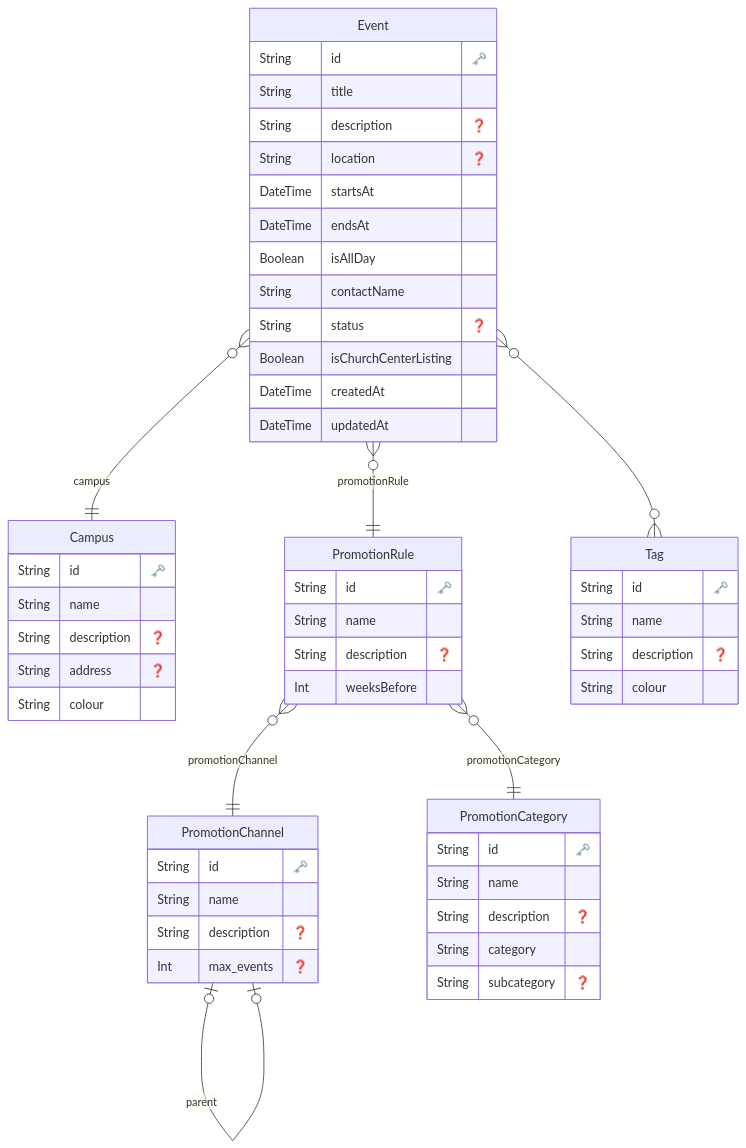
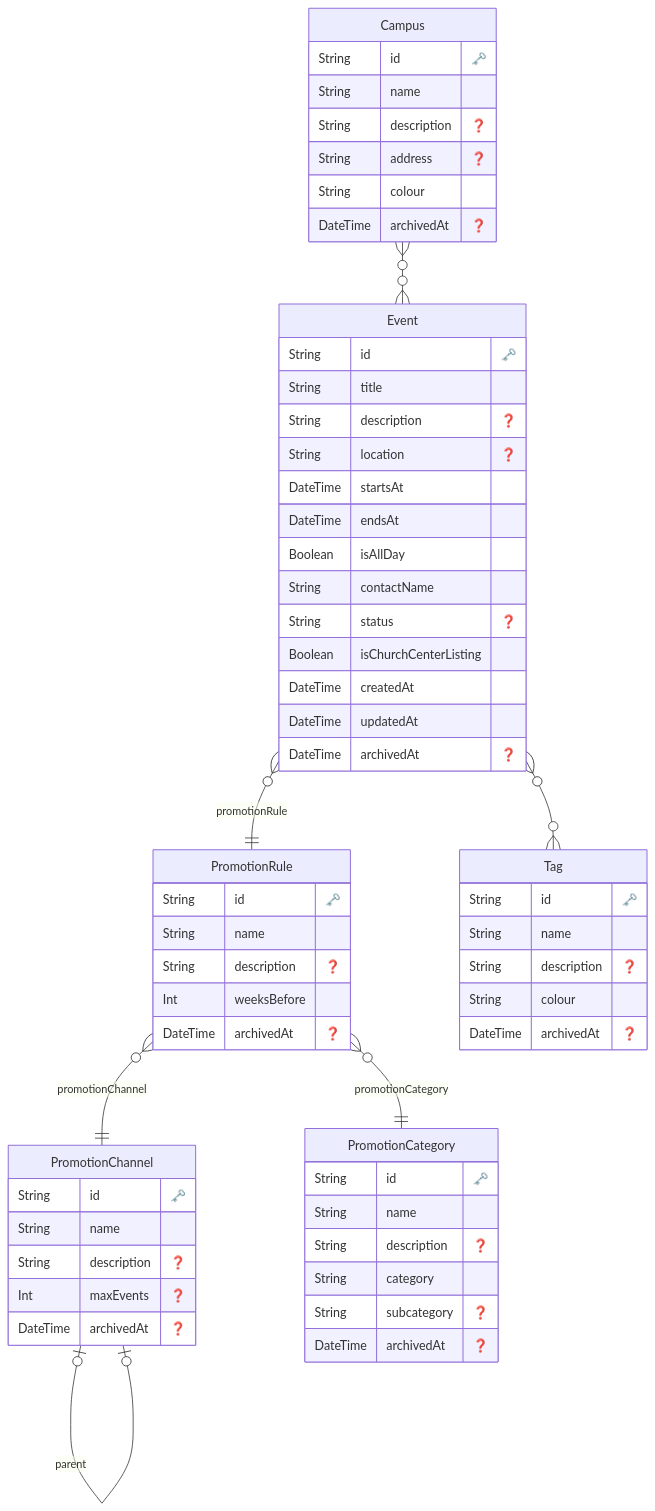
The diagram in prisma/ERD.md (stevethewright/church-comms), drawn with Mermaid before and after one commit. The commit also changed 2 other files, not shown here.

Commit message:
feat: Initial schema

````diff
--- a/prisma/ERD.md
+++ b/prisma/ERD.md
@@ -1,67 +1,73 @@
 ```mermaid
 erDiagram
 
   "Campus" {
     String id "🗝️"
-    String name
+    String name 
     String description "❓"
     String address "❓"
-    String colour
+    String colour 
+    DateTime archivedAt "❓"
     }
-
+  
 
   "PromotionChannel" {
     String id "🗝️"
-    String name
+    String name 
     String description "❓"
-    Int max_events "❓"
+    Int maxEvents "❓"
+    DateTime archivedAt "❓"
     }
-
+  
 
   "PromotionRule" {
     String id "🗝️"
-    String name
+    String name 
     String description "❓"
-    Int weeksBefore
+    Int weeksBefore 
+    DateTime archivedAt "❓"
     }
-
+  
 
   "PromotionCategory" {
     String id "🗝️"
-    String name
+    String name 
     String description "❓"
-    String category
+    String category 
     String subcategory "❓"
+    DateTime archivedAt "❓"
     }
-
+  
 
   "Event" {
     String id "🗝️"
-    String title
+    String title 
     String description "❓"
     String location "❓"
-    DateTime startsAt
-    DateTime endsAt
-    Boolean isAllDay
-    String contactName
+    DateTime startsAt 
+    DateTime endsAt 
+    Boolean isAllDay 
+    String contactName 
     String status "❓"
-    Boolean isChurchCenterListing
-    DateTime createdAt
-    DateTime updatedAt
+    Boolean isChurchCenterListing 
+    DateTime createdAt 
+    DateTime updatedAt 
+    DateTime archivedAt "❓"
     }
-
+  
 
   "Tag" {
     String id "🗝️"
-    String name
+    String name 
     String description "❓"
-    String colour
+    String colour 
+    DateTime archivedAt "❓"
     }
-
+  
+    "Campus" o{--}o "Event" : ""
     "PromotionChannel" |o--|o "PromotionChannel" : "parent"
     "PromotionRule" }o--|| "PromotionChannel" : "promotionChannel"
     "PromotionRule" }o--|| "PromotionCategory" : "promotionCategory"
-    "Event" }o--|| "Campus" : "campus"
     "Event" }o--|| "PromotionRule" : "promotionRule"
     "Event" o{--}o "Tag" : ""
 ```
````
